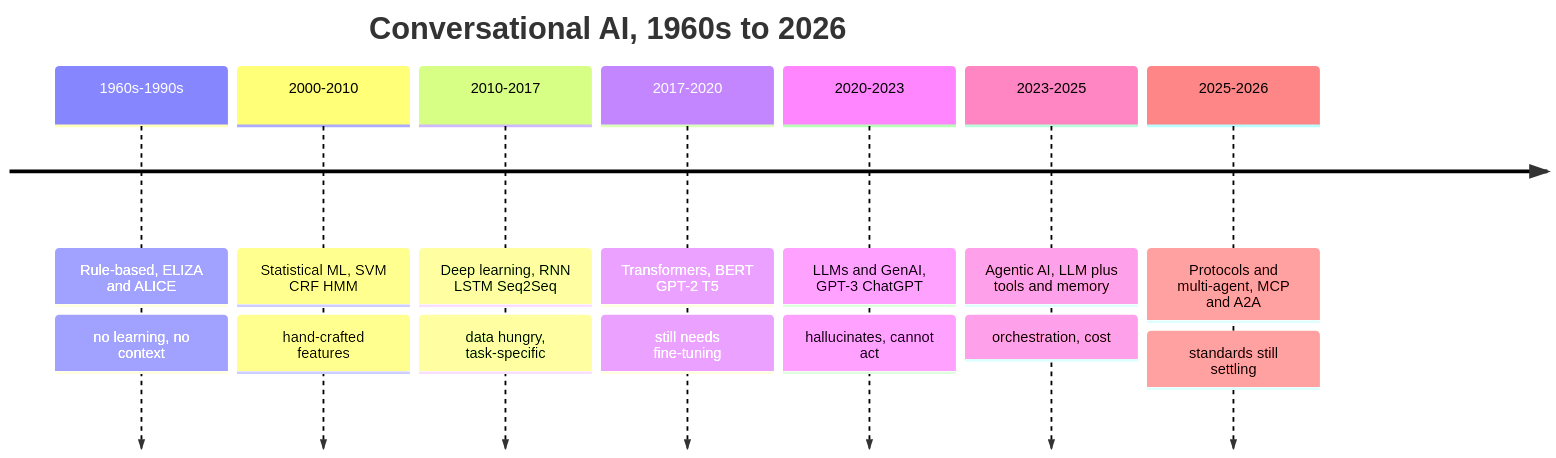
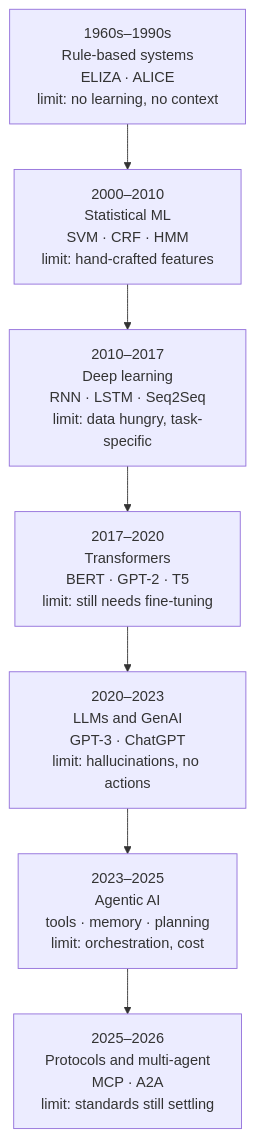
One commit to sanjaykumarpushadapu/MTech changed the second of 12 diagrams in 2026-2027-Sem1/AIMLCZG521-ConversationalAI/notes/S01-foundations.md. Above: the diagram before and after it, drawn with Mermaid. The commit also changed other lines of this file and 4 other files, not shown here.

````diff
--- a/2026-2027-Sem1/AIMLCZG521-ConversationalAI/notes/S01-foundations.md
+++ b/2026-2027-Sem1/AIMLCZG521-ConversationalAI/notes/S01-foundations.md
@@ -53,11 +53,9 @@
 ```mermaid
-timeline
-    title Conversational AI, 1960s to 2026
-    1960s-1990s : Rule-based, ELIZA and ALICE : no learning, no context
-    2000-2010 : Statistical ML, SVM CRF HMM : hand-crafted features
-    2010-2017 : Deep learning, RNN LSTM Seq2Seq : data hungry, task-specific
-    2017-2020 : Transformers, BERT GPT-2 T5 : still needs fine-tuning
-    2020-2023 : LLMs and GenAI, GPT-3 ChatGPT : hallucinates, cannot act
-    2023-2025 : Agentic AI, LLM plus tools and memory : orchestration, cost
-    2025-2026 : Protocols and multi-agent, MCP and A2A : standards still settling
+flowchart TD
+    A["1960s–1990s<br/>Rule-based systems<br/>ELIZA · ALICE<br/>limit: no learning, no context"] --> B["2000–2010<br/>Statistical ML<br/>SVM · CRF · HMM<br/>limit: hand-crafted features"]
+    B --> C["2010–2017<br/>Deep learning<br/>RNN · LSTM · Seq2Seq<br/>limit: data hungry, task-specific"]
+    C --> D["2017–2020<br/>Transformers<br/>BERT · GPT-2 · T5<br/>limit: still needs fine-tuning"]
+    D --> E["2020–2023<br/>LLMs and GenAI<br/>GPT-3 · ChatGPT<br/>limit: hallucinations, no actions"]
+    E --> F["2023–2025<br/>Agentic AI<br/>tools · memory · planning<br/>limit: orchestration, cost"]
+    F --> G["2025–2026<br/>Protocols and multi-agent<br/>MCP · A2A<br/>limit: standards still settling"]
 ```
````
